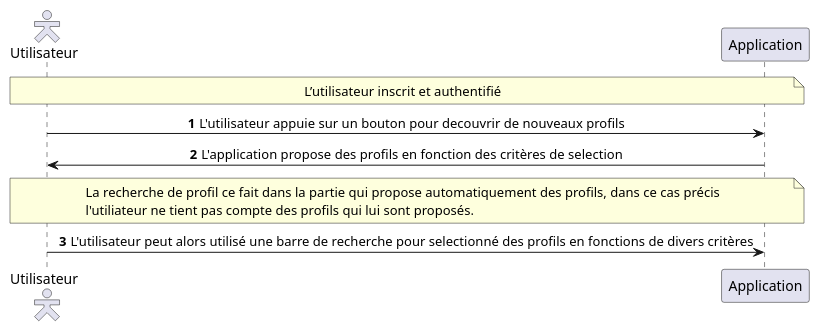
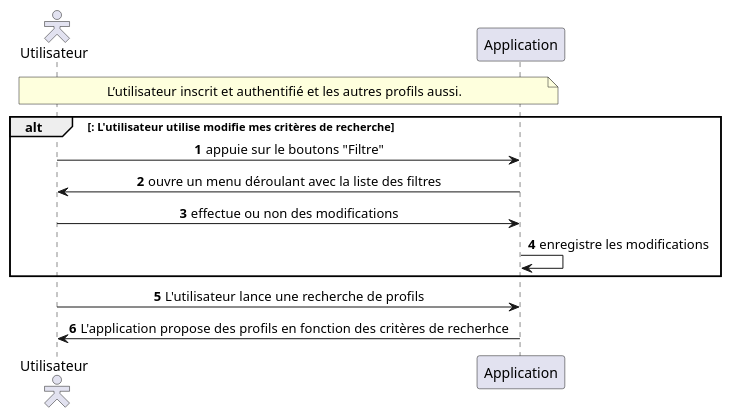
Before and after one commit to MinaroliCorentin/PSO: the diagram in src/Description_des_scenarios_Recommandation_Rechercher_profil.puml, drawn with PlantUML. The commit also changed 5 other files, not shown here.

Commit message:
Modification sur les cas d'utilisation. La définition du quartier necessite d'avoir renseigné une ville. Developpement plus important de rechercher profil

```diff
--- a/src/Description_des_scenarios_Recommandation_Rechercher_profil.puml
+++ b/src/Description_des_scenarios_Recommandation_Rechercher_profil.puml
@@ -1,23 +1,24 @@
 @startuml
 autonumber
 skinparam sequenceMessageAlign center
 skinparam actorStyle hollow
 
 actor "Utilisateur" as user
 participant "Application" as app
 
 note over user, app
-L’utilisateur inscrit et authentifié
+L’utilisateur inscrit et authentifié et les autres profils aussi.
 end note
 
-user -> app : L'utilisateur appuie sur un bouton pour decouvrir de nouveaux profils
-app -> user : L'application propose des profils en fonction des critères de selection
+alt : L'utilisateur utilise modifie mes critères de recherche
+user -> app : appuie sur le boutons "Filtre"
+app -> user : ouvre un menu déroulant avec la liste des filtres
+user -> app : effectue ou non des modifications
+app -> app : enregistre les modifications
+end
 
-note over user, app
-    La recherche de profil ce fait dans la partie qui propose automatiquement des profils, dans ce cas précis
-    l'utiliateur ne tient pas compte des profils qui lui sont proposés.
-end note
 
-user -> app : L'utilisateur peut alors utilisé une barre de recherche pour selectionné des profils en fonctions de divers critères
+user -> app : L'utilisateur lance une recherche de profils
+app -> user : L'application propose des profils en fonction des critères de recherhce
 
 @enduml
```
